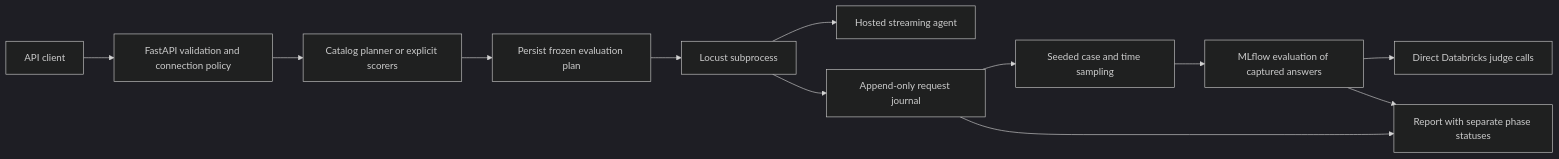
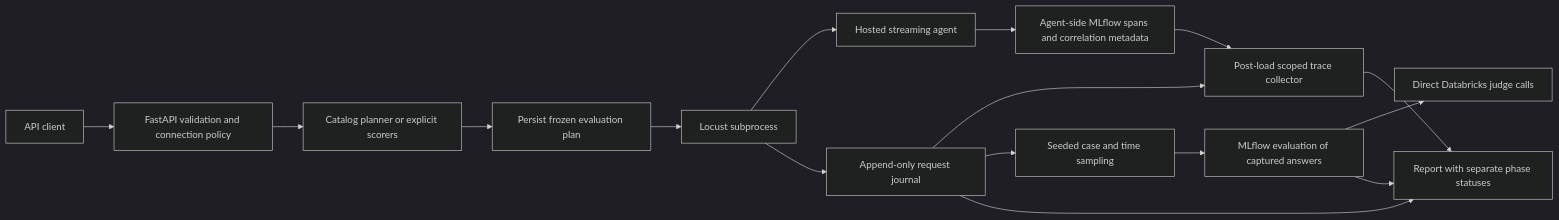
One commit to RamVegiraju/EvalSurge changed the diagram in ARCHITECTURE.md. Above: the diagram before and after it, drawn with Mermaid (dark theme). The commit also changed other lines of this file and 80 other files, not shown here.

````diff
--- a/ARCHITECTURE.md
+++ b/ARCHITECTURE.md
@@ -5,14 +5,18 @@
 ```mermaid
 flowchart LR
     C[API client] --> A[FastAPI validation and connection policy]
     A --> P[Catalog planner or explicit scorers]
     P --> F[Persist frozen evaluation plan]
     F --> L[Locust subprocess]
     L --> T[Hosted streaming agent]
     L --> J[Append-only request journal]
+    T --> M[Agent-side MLflow spans and correlation metadata]
+    J --> I[Post-load scoped trace collector]
+    M --> I
     J --> S[Seeded case and time sampling]
     S --> E[MLflow evaluation of captured answers]
     E --> D[Direct Databricks judge calls]
     E --> R[Report with separate phase statuses]
     J --> R
+    I --> R
 ```
````
